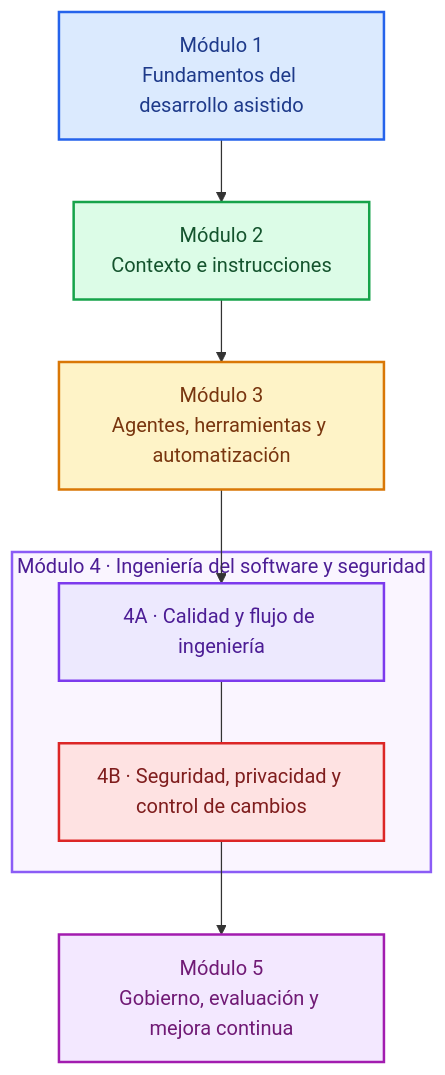
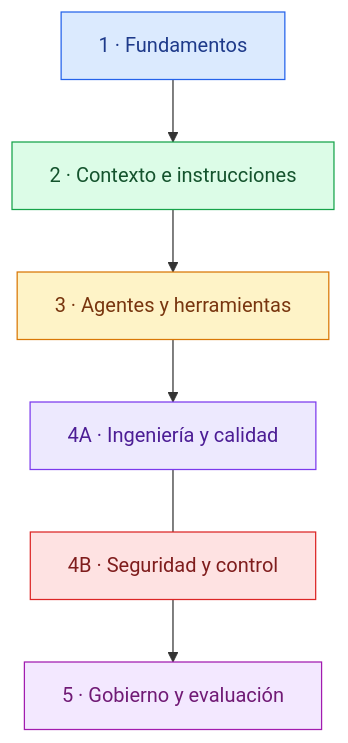
The diagram in docs/mapa-contenidos.md (sigdeletras/ai-assisted-development-guide), drawn with Mermaid before and after one commit. The commit also changed other lines of this file, not shown here.

````diff
--- a/docs/mapa-contenidos.md
+++ b/docs/mapa-contenidos.md
@@ -17,30 +7,27 @@
 ```mermaid
 flowchart TB
-    M1["Módulo 1<br/>Fundamentos del desarrollo asistido"]
-    M2["Módulo 2<br/>Contexto e instrucciones"]
-    M3["Módulo 3<br/>Agentes, herramientas y automatización"]
-    subgraph M4["Módulo 4 · Ingeniería del software y seguridad"]
-        M4A["4A · Calidad y flujo de ingeniería"]
-        M4B["4B · Seguridad, privacidad y control de cambios"]
-    end
-    M5["Módulo 5<br/>Gobierno, evaluación y mejora continua"]
+    M1["1 · Fundamentos"]
+    M2["2 · Contexto e instrucciones"]
+    M3["3 · Agentes y herramientas"]
+    M4A["4A · Ingeniería y calidad"]
+    M4B["4B · Seguridad y control"]
+    M5["5 · Gobierno y evaluación"]
 
     M1 --> M2 --> M3 --> M4A
     M4A --- M4B
     M4B --> M5
 
-    classDef fundamentos fill:#dbeafe,stroke:#2563eb,color:#1e3a8a,stroke-width:2px
-    classDef contexto fill:#dcfce7,stroke:#16a34a,color:#14532d,stroke-width:2px
-    classDef agentes fill:#fef3c7,stroke:#d97706,color:#78350f,stroke-width:2px
-    classDef ingenieria fill:#ede9fe,stroke:#7c3aed,color:#4c1d95,stroke-width:2px
-    classDef seguridad fill:#fee2e2,stroke:#dc2626,color:#7f1d1d,stroke-width:2px
-    classDef gobierno fill:#f3e8ff,stroke:#a21caf,color:#701a75,stroke-width:2px
+    classDef fundamentos fill:#dbeafe,stroke:#2563eb,color:#1e3a8a
+    classDef contexto fill:#dcfce7,stroke:#16a34a,color:#14532d
+    classDef agentes fill:#fef3c7,stroke:#d97706,color:#78350f
+    classDef ingenieria fill:#ede9fe,stroke:#7c3aed,color:#4c1d95
+    classDef seguridad fill:#fee2e2,stroke:#dc2626,color:#7f1d1d
+    classDef gobierno fill:#f3e8ff,stroke:#a21caf,color:#701a75
 
     class M1 fundamentos
     class M2 contexto
     class M3 agentes
     class M4A ingenieria
     class M4B seguridad
     class M5 gobierno
-    style M4 fill:#faf5ff,stroke:#8b5cf6,color:#4c1d95,stroke-width:2px
 ```
````
